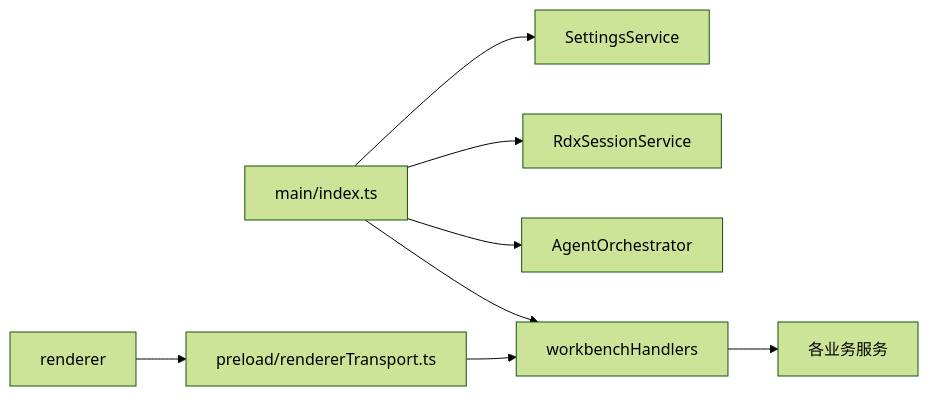
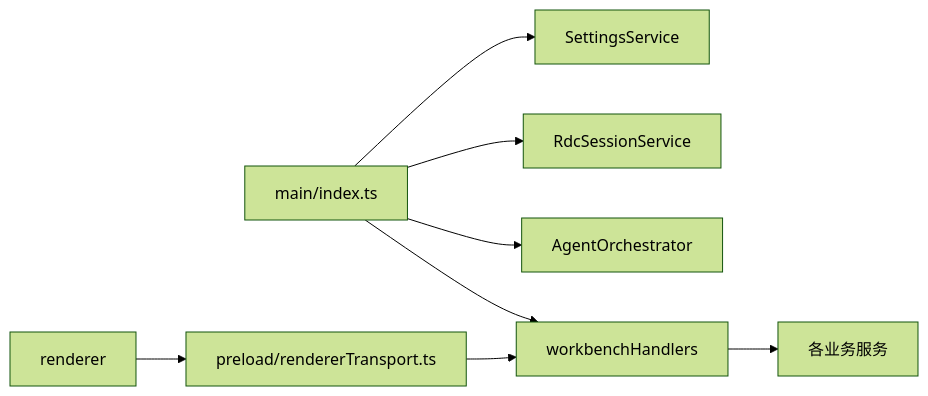
The eighth of 8 diagrams in .qoder/repowiki/zh/content/架构设计/架构设计.md (haolange/RDC-Agent), drawn with Mermaid (forest theme) before and after one commit. The commit also changed other lines of this file and 557 other files, not shown here.

````diff
--- a/.qoder/repowiki/zh/content/架构设计/架构设计.md
+++ b/.qoder/repowiki/zh/content/架构设计/架构设计.md
@@ -287,10 +287,10 @@
 ```mermaid
 graph LR
 Main["main/index.ts"] --> Settings["SettingsService"]
-Main --> Sessions["RdxSessionService"]
+Main --> Sessions["RdcSessionService"]
 Main --> Orchestrator["AgentOrchestrator"]
 Main --> IPC["workbenchHandlers"]
 IPC --> Services["各业务服务"]
 Renderer["renderer"] --> Preload["preload/rendererTransport.ts"]
 Preload --> IPC
 ```
````
